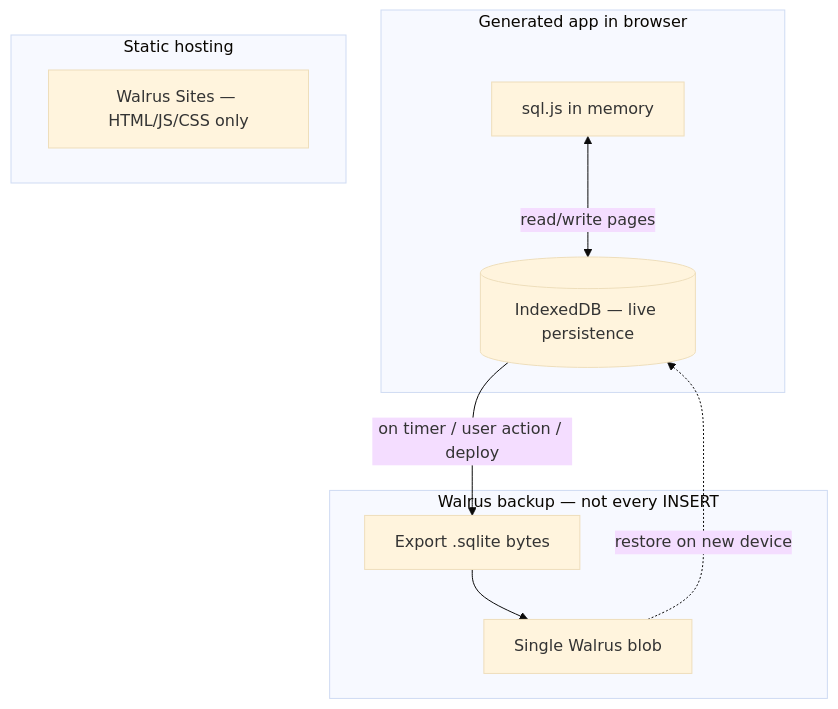
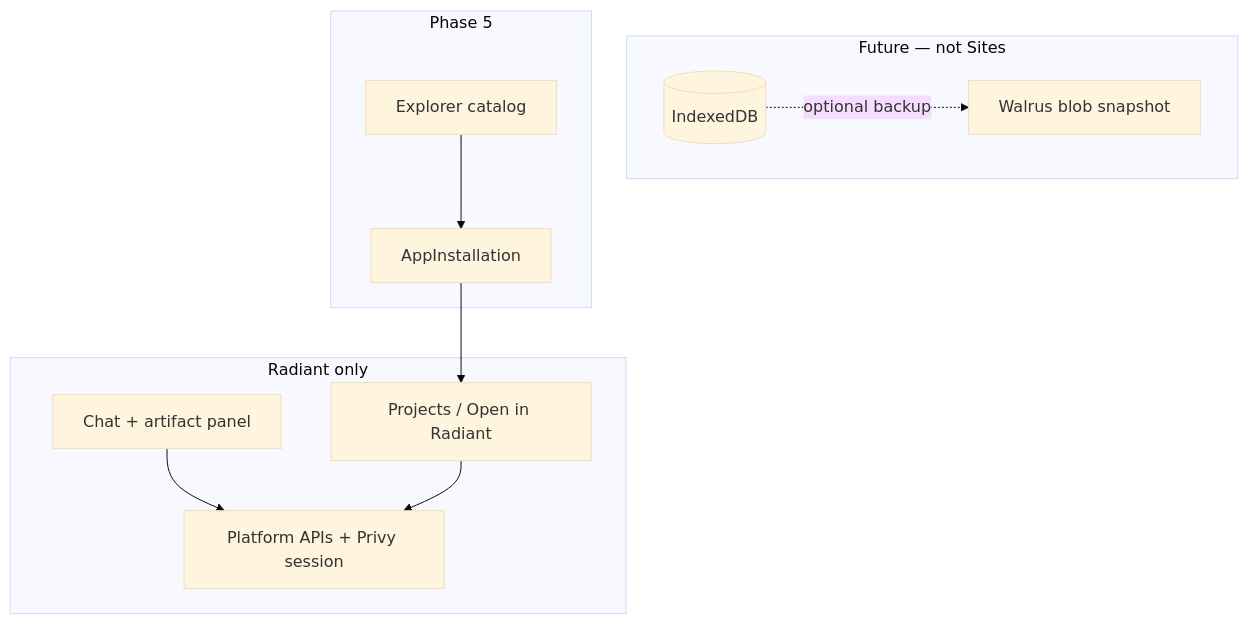
One commit to Belloabraham121/radiant changed the diagram in docs/app-builder-platform-TODO.md. Above: the diagram before and after it, drawn with Mermaid (base theme). The commit also changed other lines of this file and 30 other files, not shown here.

First line of the commit message:
Add App Installation features and enhance app catalog functionality

````diff
--- a/docs/app-builder-platform-TODO.md
+++ b/docs/app-builder-platform-TODO.md
@@ -41,21 +48,22 @@
 ```mermaid
 flowchart TB
-  subgraph browser [Generated app in browser]
-    SQL[sql.js in memory]
-    IDB[(IndexedDB — live persistence)]
-    SQL <-->|read/write pages| IDB
+  subgraph radiant [Radiant only]
+    CHAT[Chat + artifact panel]
+    PROJ[Projects / Open in Radiant]
+    API[Platform APIs + Privy session]
+    CHAT --> API
+    PROJ --> API
   end
 
-  subgraph snapshot [Walrus backup — not every INSERT]
-    EXP[Export .sqlite bytes]
-    BLOB[Single Walrus blob]
-    EXP --> BLOB
+  subgraph future [Future — not Sites]
+    IDB[(IndexedDB)]
+    BLOB[Walrus blob snapshot]
+    IDB -.->|optional backup| BLOB
   end
 
-  IDB -->|on timer / user action / deploy| EXP
-  BLOB -.->|restore on new device| IDB
-
-  subgraph host [Static hosting]
-    SITE[Walrus Sites — HTML/JS/CSS only]
+  subgraph marketplace [Phase 5]
+    EXP[Explorer catalog]
+    INST[AppInstallation]
+    EXP --> INST --> PROJ
   end
 ```
````
